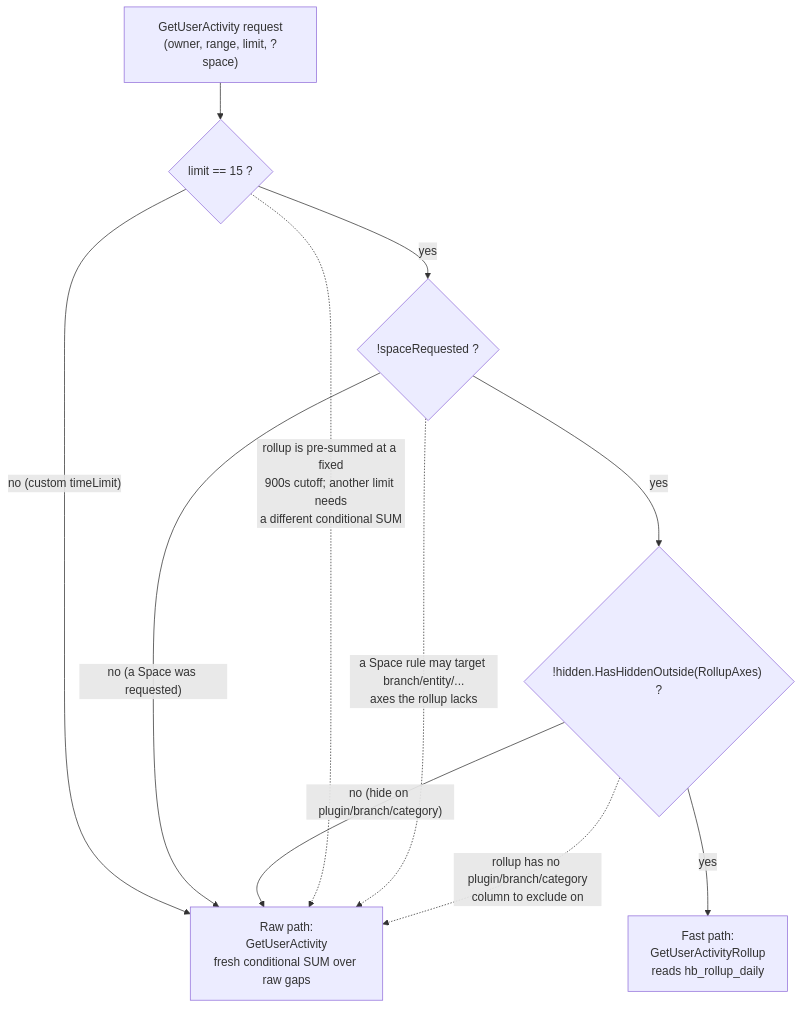
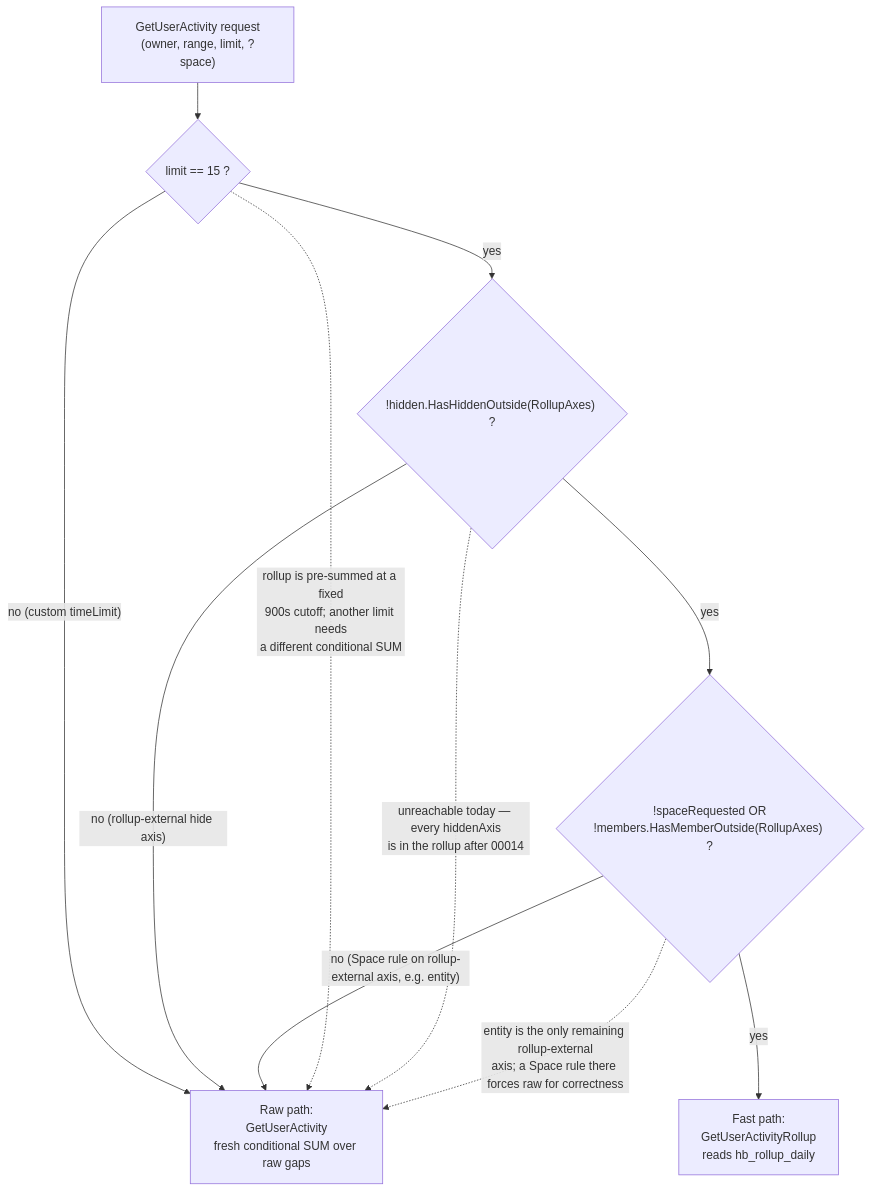
The second of 7 diagrams in docs/QUERY_ENGINE.md (TheBranchDriftCatalyst/boomtime), drawn with Mermaid before and after one commit. The commit also changed other lines of this file and 10 other files, not shown here.

````diff
--- a/docs/QUERY_ENGINE.md
+++ b/docs/QUERY_ENGINE.md
@@ -194,14 +205,14 @@
 ```mermaid
 flowchart TD
     A["GetUserActivity request<br/>(owner, range, limit, ?space)"] --> B{"limit == 15 ?"}
     B -- "no (custom timeLimit)" --> R["Raw path:<br/>GetUserActivity<br/>fresh conditional SUM over raw gaps"]
-    B -- yes --> C{"!spaceRequested ?"}
-    C -- "no (a Space was requested)" --> R
-    C -- yes --> D{"!hidden.HasHiddenOutside(RollupAxes) ?"}
-    D -- "no (hide on plugin/branch/category)" --> R
-    D -- yes --> F["Fast path:<br/>GetUserActivityRollup<br/>reads hb_rollup_daily"]
+    B -- yes --> D{"!hidden.HasHiddenOutside(RollupAxes) ?"}
+    D -- "no (rollup-external hide axis)" --> R
+    D -- yes --> C{"!spaceRequested OR<br/>!members.HasMemberOutside(RollupAxes) ?"}
+    C -- "no (Space rule on rollup-external axis, e.g. entity)" --> R
+    C -- yes --> F["Fast path:<br/>GetUserActivityRollup<br/>reads hb_rollup_daily"]
 
     B -. "rollup is pre-summed at a fixed<br/>900s cutoff; another limit needs<br/>a different conditional SUM" .-> R
-    C -. "a Space rule may target branch/entity/...<br/>axes the rollup lacks" .-> R
-    D -. "rollup has no plugin/branch/category<br/>column to exclude on" .-> R
+    D -. "unreachable today — every hiddenAxis<br/>is in the rollup after 00014" .-> R
+    C -. "entity is the only remaining rollup-external<br/>axis; a Space rule there forces raw for correctness" .-> R
 ```
````
